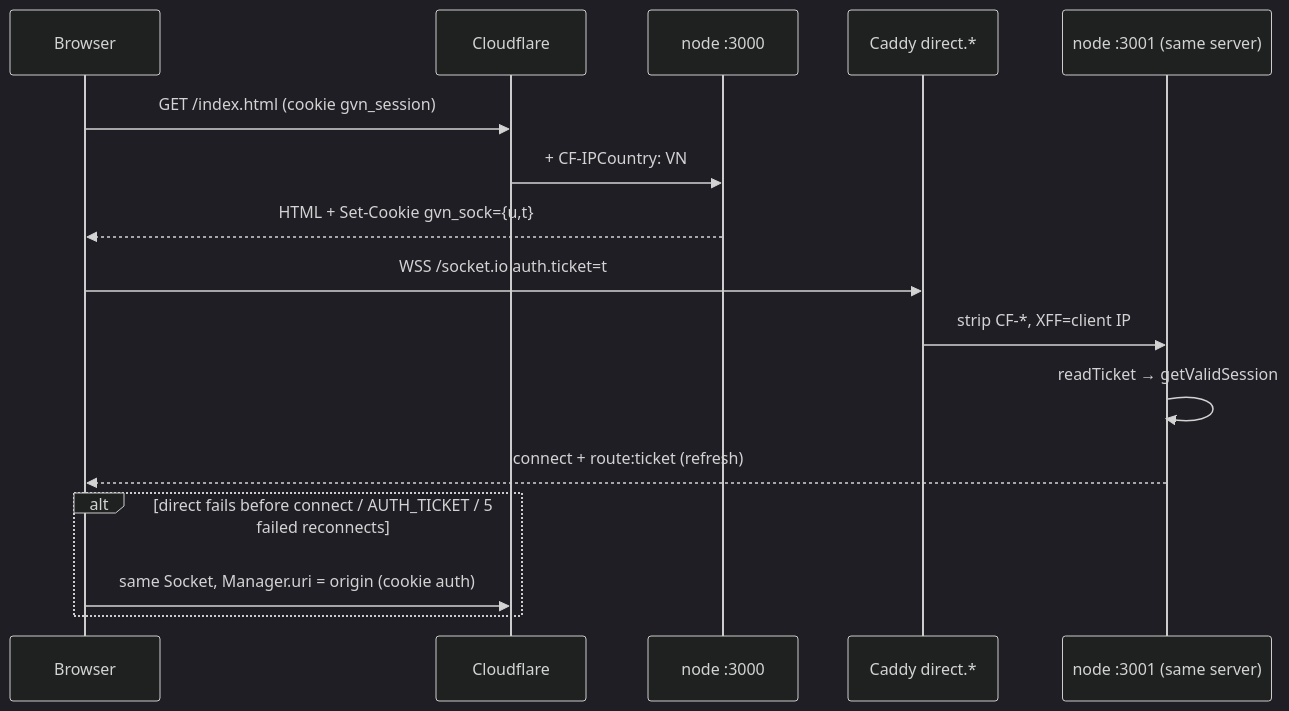
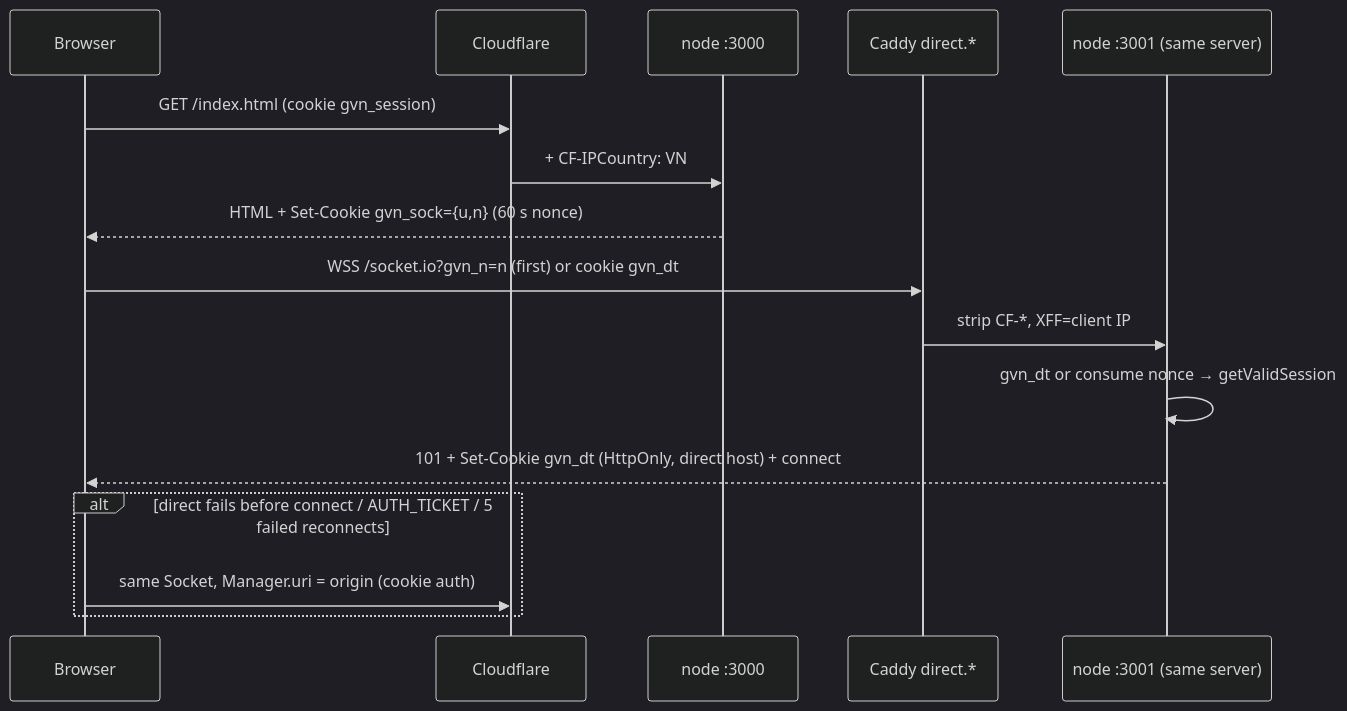
The diagram in features/415-socket-direct/diagram/uml_diagram/socket-route.md (nguyencongminh090/gomoku-vn), drawn with Mermaid (dark theme) before and after one commit. The commit also changed 13 other files, not shown here.

First line of the commit message:
fix(socket): #415 no replayable credential in JS for the direct route

````diff
--- a/features/415-socket-direct/diagram/uml_diagram/socket-route.md
+++ b/features/415-socket-direct/diagram/uml_diagram/socket-route.md
@@ -3,18 +3,18 @@
 ```mermaid
 sequenceDiagram
   participant B as Browser
   participant CF as Cloudflare
   participant N3000 as node :3000
   participant C as Caddy direct.*
   participant N3001 as node :3001 (same server)
   B->>CF: GET /index.html (cookie gvn_session)
   CF->>N3000: + CF-IPCountry: VN
-  N3000-->>B: HTML + Set-Cookie gvn_sock={u,t}
-  B->>C: WSS /socket.io auth.ticket=t
+  N3000-->>B: HTML + Set-Cookie gvn_sock={u,n} (60 s nonce)
+  B->>C: WSS /socket.io?gvn_n=n (first) or cookie gvn_dt
   C->>N3001: strip CF-*, XFF=client IP
-  N3001->>N3001: readTicket → getValidSession
-  N3001-->>B: connect + route:ticket (refresh)
+  N3001->>N3001: gvn_dt or consume nonce → getValidSession
+  N3001-->>B: 101 + Set-Cookie gvn_dt (HttpOnly, direct host) + connect
   alt direct fails before connect / AUTH_TICKET / 5 failed reconnects
     B->>CF: same Socket, Manager.uri = origin (cookie auth)
   end
 ```
````
